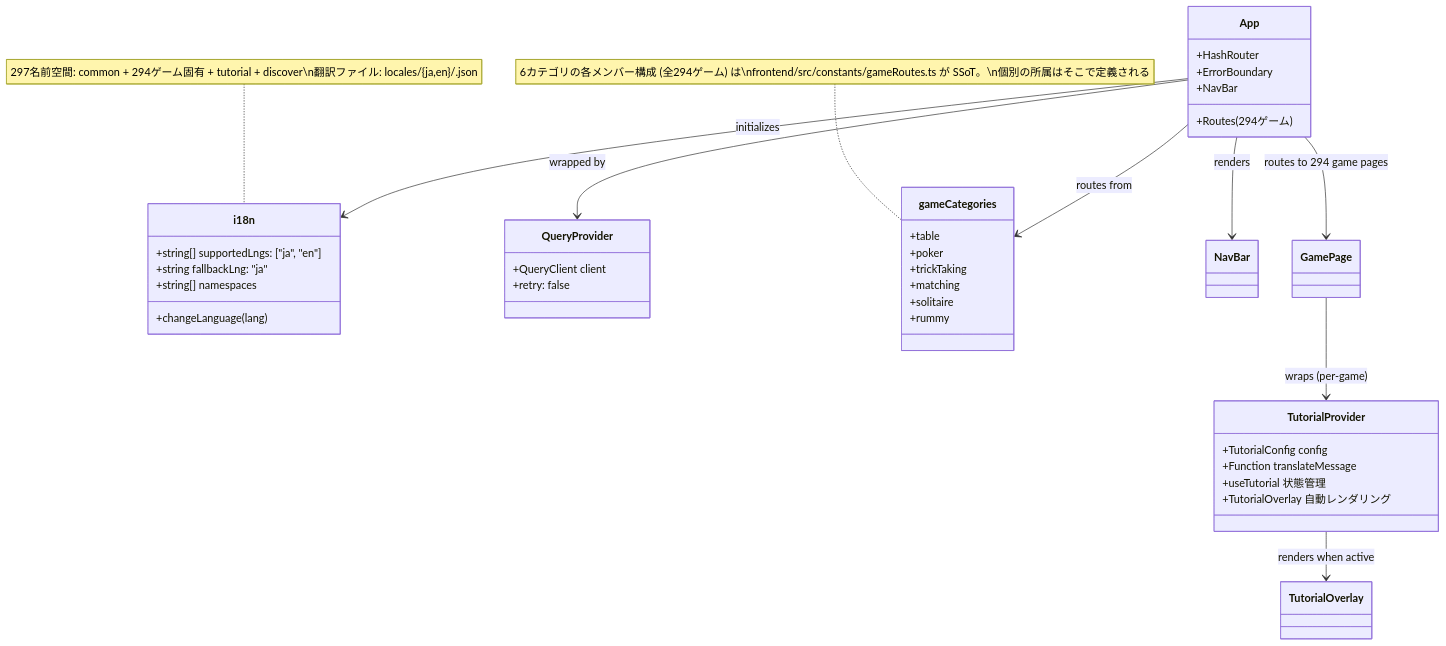
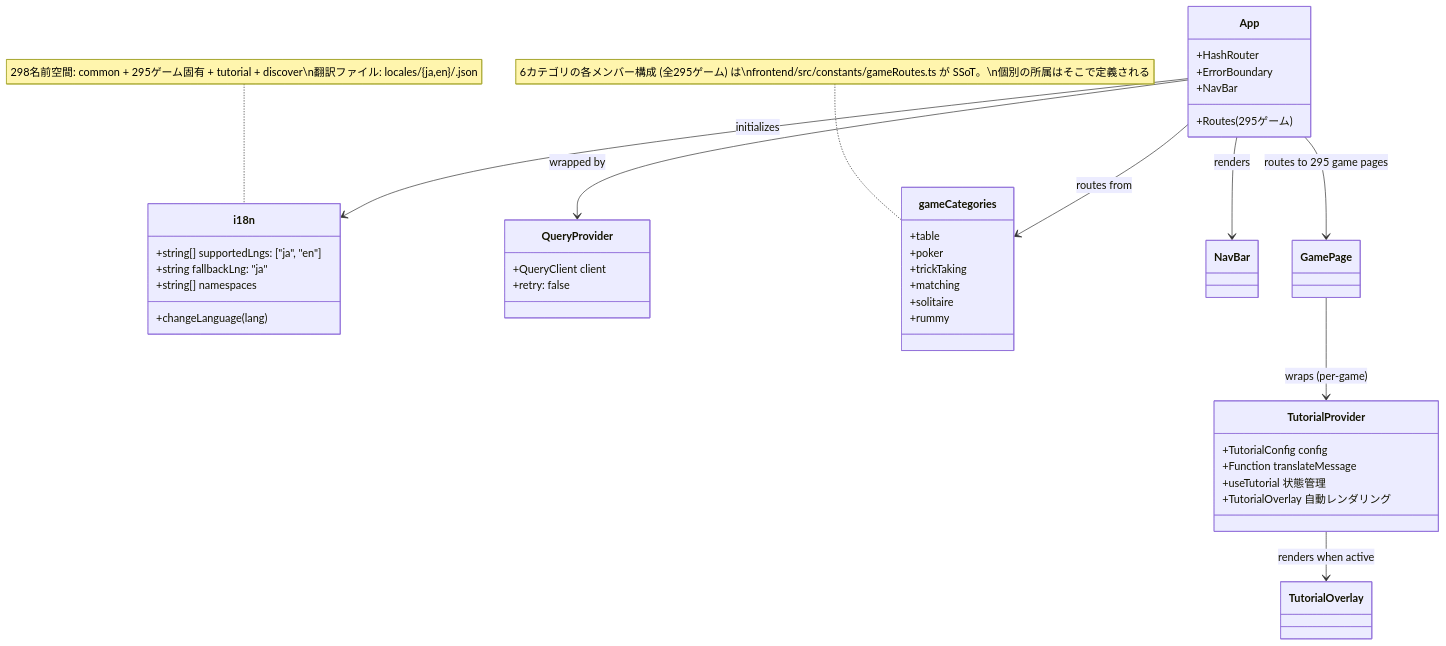
One commit to yuta-yoshinaga/go_trumpcards changed the ninth of 49 diagrams in docs/design/frontend.md. Above: the diagram before and after it, drawn with Mermaid. The commit also changed other lines of this file and 62 other files, not shown here.

````diff
--- a/docs/design/frontend.md
+++ b/docs/design/frontend.md
@@ -1869,48 +1869,48 @@
 ```mermaid
 classDiagram
     class i18n {
         +string[] supportedLngs: ["ja", "en"]
         +string fallbackLng: "ja"
         +string[] namespaces
         +changeLanguage(lang)
     }
 
     class QueryProvider {
         +QueryClient client
         +retry: false
     }
 
     class App {
         +HashRouter
         +ErrorBoundary
         +NavBar
-        +Routes (294ゲーム)
+        +Routes (295ゲーム)
     }
 
     class gameCategories {
         +table
         +poker
         +trickTaking
         +matching
         +solitaire
         +rummy
     }
-    note for gameCategories "6カテゴリの各メンバー構成 (全294ゲーム) は\nfrontend/src/constants/gameRoutes.ts が SSoT。\n個別の所属はそこで定義される"
+    note for gameCategories "6カテゴリの各メンバー構成 (全295ゲーム) は\nfrontend/src/constants/gameRoutes.ts が SSoT。\n個別の所属はそこで定義される"
 
     class TutorialProvider {
         +TutorialConfig config
         +Function translateMessage
         +useTutorial 状態管理
         +TutorialOverlay 自動レンダリング
     }
 
     App --> QueryProvider : wrapped by
     App --> i18n : initializes
     App --> gameCategories : routes from
     App --> NavBar : renders
-    App --> GamePage : routes to 294 game pages
+    App --> GamePage : routes to 295 game pages
     GamePage --> TutorialProvider : wraps (per-game)
     TutorialProvider --> TutorialOverlay : renders when active
 
-    note for i18n "297名前空間: common + 294ゲーム固有 + tutorial + discover\n翻訳ファイル: locales/{ja,en}/<game>.json"
+    note for i18n "298名前空間: common + 295ゲーム固有 + tutorial + discover\n翻訳ファイル: locales/{ja,en}/<game>.json"
 ```
````
